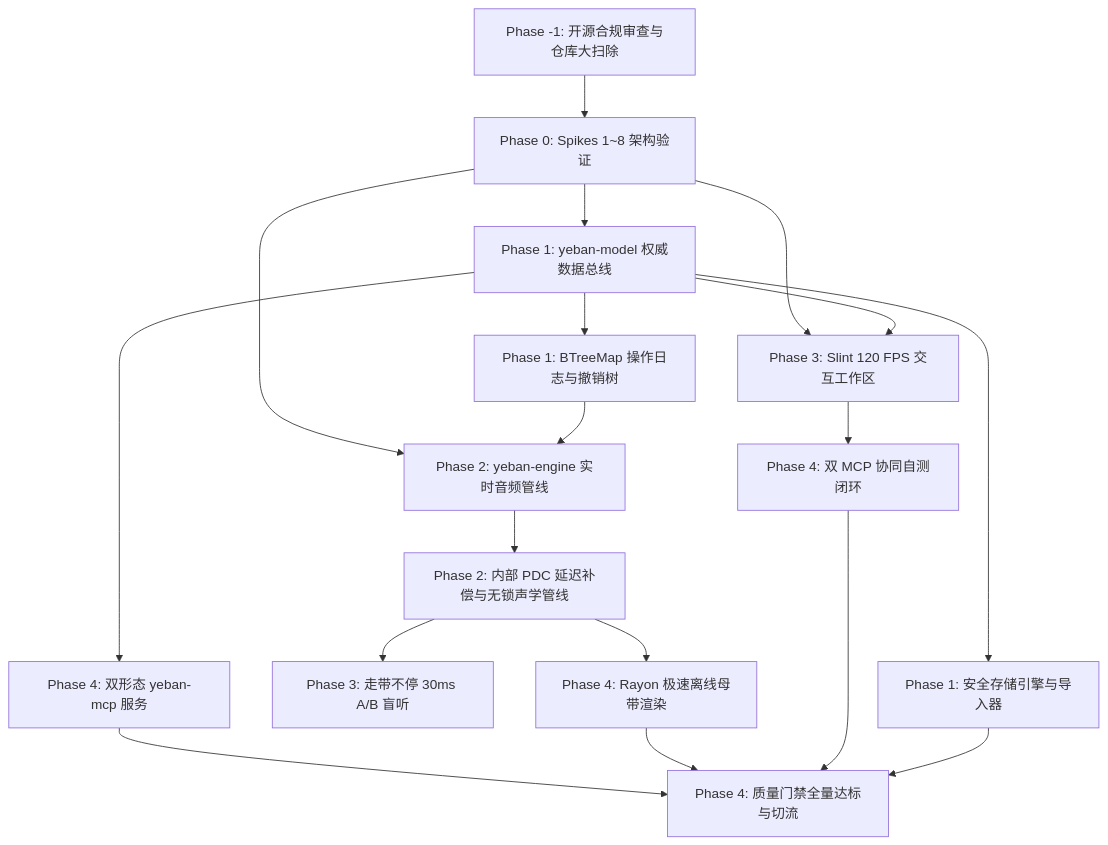
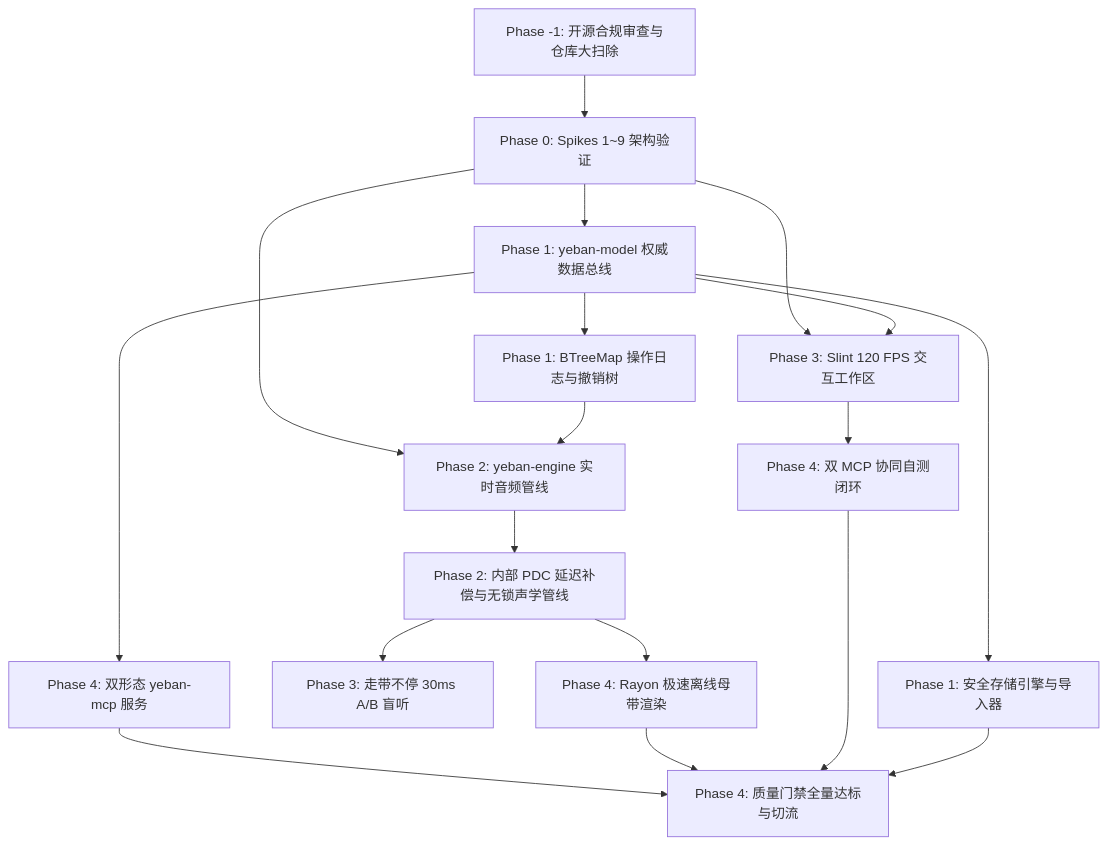
Before and after one commit to gradetwo/yeban: the diagram in GROOVE_V3_ENGINEERING_IMPLEMENTATION_ROADMAP.md, drawn with Mermaid. The commit also changed other lines of this file and 19 other files, not shown here.

````diff
--- a/GROOVE_V3_ENGINEERING_IMPLEMENTATION_ROADMAP.md
+++ b/GROOVE_V3_ENGINEERING_IMPLEMENTATION_ROADMAP.md
@@ -237,26 +251,26 @@
 ```mermaid
 flowchart TD
-    P_Minus1[Phase -1: 开源合规审查与仓库大扫除] --> P0_All[Phase 0: Spikes 1~8 架构验证]
+    P_Minus1[Phase -1: 开源合规审查与仓库大扫除] --> P0_All[Phase 0: Spikes 1~9 架构验证]
     
     P0_All --> P1_Model[Phase 1: yeban-model 权威数据总线]
     P0_All --> P2_Engine[Phase 2: yeban-engine 实时音频管线]
     P0_All --> P3_Slint[Phase 3: Slint 120 FPS 交互工作区]
 
     P1_Model --> P1_Undo[Phase 1: BTreeMap 操作日志与撤销树]
     P1_Model --> P1_Storage[Phase 1: 安全存储引擎与导入器]
     
     P1_Undo --> P2_Engine
     P2_Engine --> P2_PDC[Phase 2: 内部 PDC 延迟补偿与无锁声学管线]
     
     P1_Model --> P3_Slint
     P2_PDC --> P3_Audition[Phase 3: 走带不停 30ms A/B 盲听]
     
     P1_Model --> P4_MCP[Phase 4: 双形态 yeban-mcp 服务]
     P2_PDC --> P4_Render[Phase 4: Rayon 极速离线母带渲染]
     P3_Slint --> P4_DualMCP[Phase 4: 双 MCP 协同自测闭环]
 
     P4_MCP --> P4_Gate[Phase 4: 质量门禁全量达标与切流]
     P4_Render --> P4_Gate
     P4_DualMCP --> P4_Gate
     P1_Storage --> P4_Gate
 ```
````
